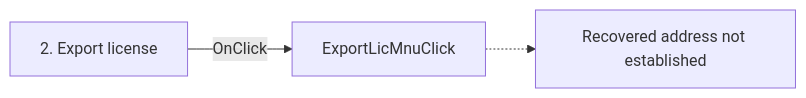
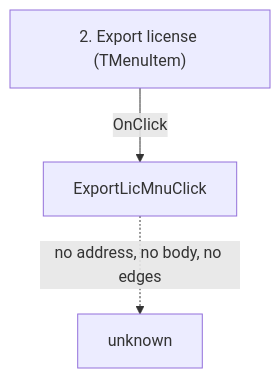
One commit to MovGP0/TIARA changed the diagram in docs/ui-controls/registerdlg/exportlicmnu-8a55116b2a.md. Above: the diagram before and after it, drawn with Mermaid. The commit also changed other lines of this file and 106 other files, not shown here.

````diff
--- a/docs/ui-controls/registerdlg/exportlicmnu-8a55116b2a.md
+++ b/docs/ui-controls/registerdlg/exportlicmnu-8a55116b2a.md
@@ -27,5 +29,5 @@
 ```mermaid
-flowchart LR
-    control["2. Export license"] -->|OnClick| handler["ExportLicMnuClick"]
-    handler -.-> unresolved["Recovered address not established"]
+flowchart TD
+    control["2. Export license (TMenuItem)"] -->|"OnClick"| handler["ExportLicMnuClick"]
+    handler -.->|"no address, no body, no edges"| gone["unknown"]
 ```
````
